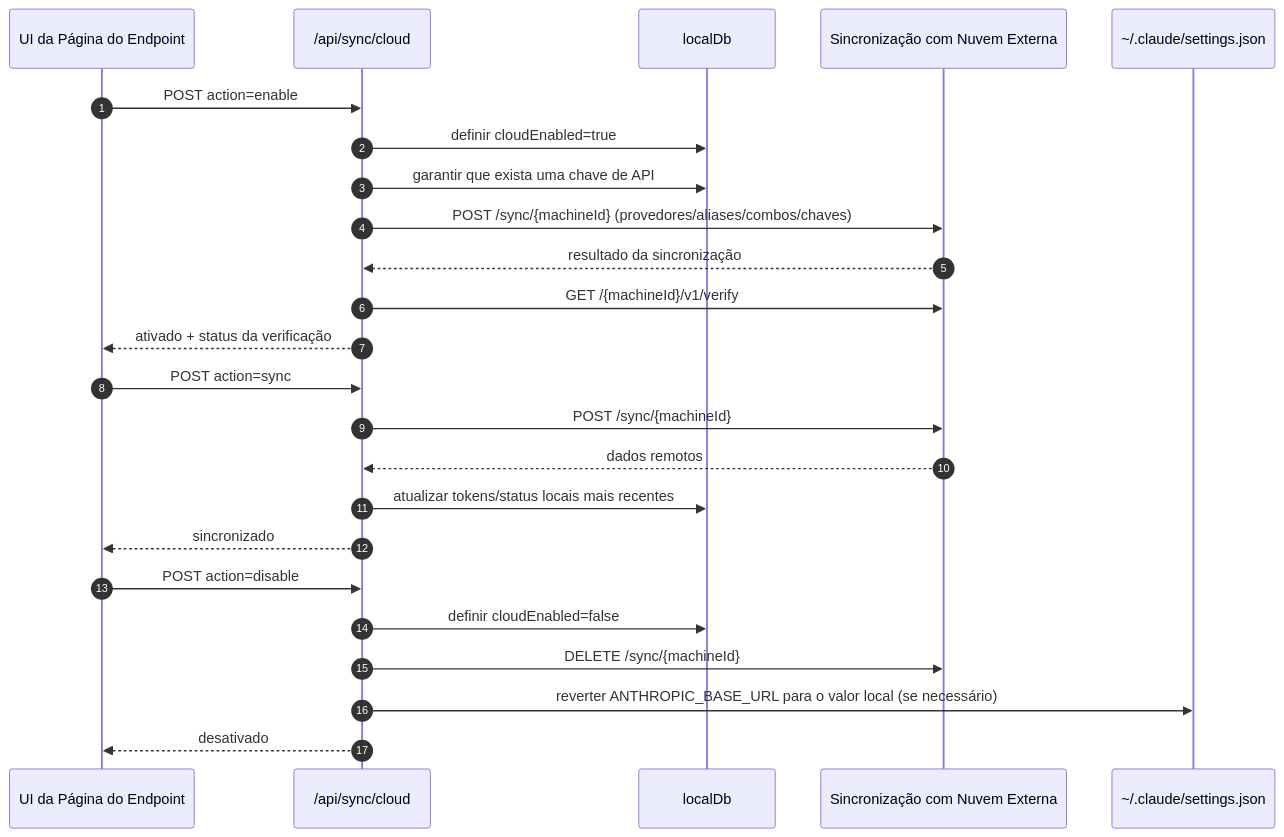
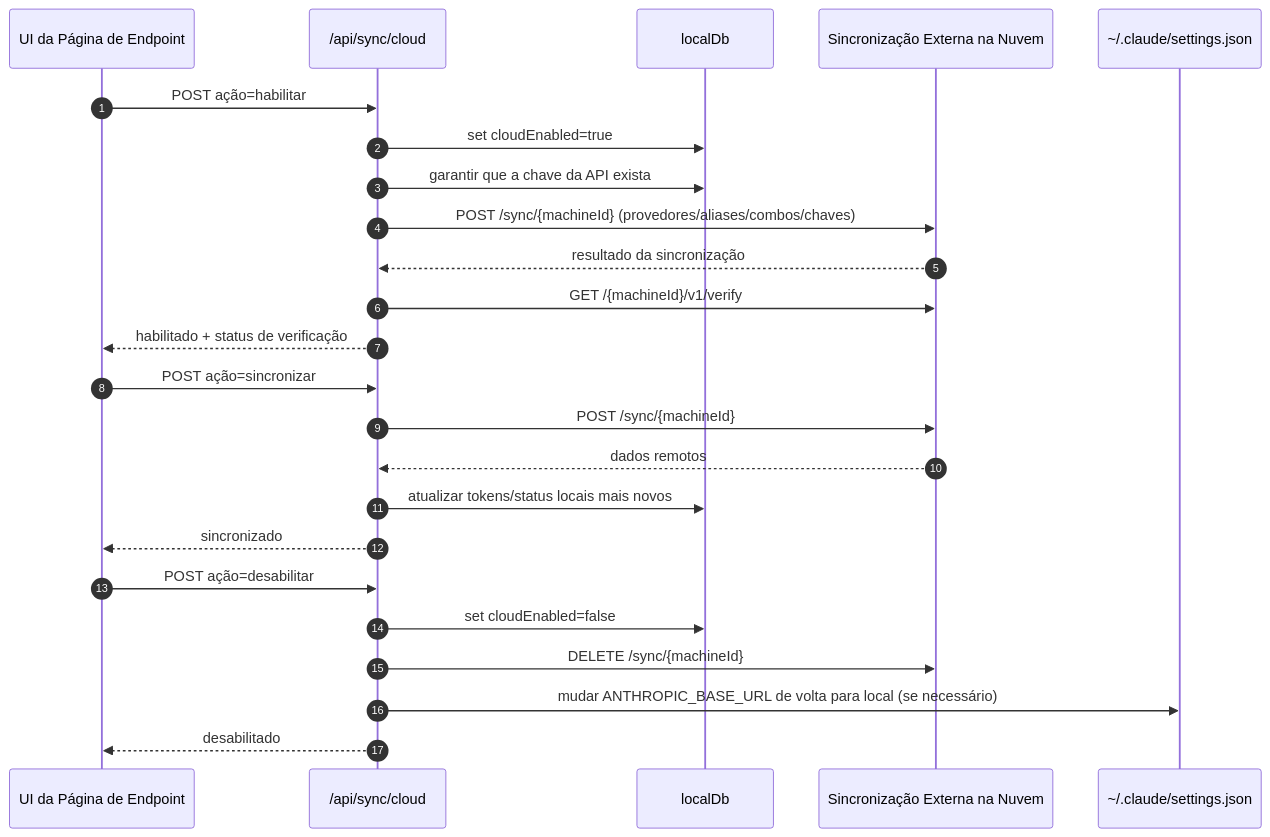
One commit to niyatna/NiyatnaRoute changed the fifth of 7 diagrams in docs/i18n/pt-BR/docs/architecture/ARCHITECTURE.md. Above: the diagram before and after it, drawn with Mermaid. The commit also changed other lines of this file and 2447 other files, not shown here.

````diff
--- a/docs/i18n/pt-BR/docs/architecture/ARCHITECTURE.md
+++ b/docs/i18n/pt-BR/docs/architecture/ARCHITECTURE.md
@@ -671,29 +646,29 @@
 ```mermaid
 sequenceDiagram
     autonumber
-    participant UI as UI da Página do Endpoint
+    participant UI as UI da Página de Endpoint
     participant Sync as /api/sync/cloud
     participant DB as localDb
-    participant Cloud as Sincronização com Nuvem Externa
+    participant Cloud as Sincronização Externa na Nuvem
     participant Claude as ~/.claude/settings.json
 
-    UI->>Sync: POST action=enable
-    Sync->>DB: definir cloudEnabled=true
-    Sync->>DB: garantir que exista uma chave de API
+    UI->>Sync: POST ação=habilitar
+    Sync->>DB: set cloudEnabled=true
+    Sync->>DB: garantir que a chave da API exista
     Sync->>Cloud: POST /sync/{machineId} (provedores/aliases/combos/chaves)
     Cloud-->>Sync: resultado da sincronização
     Sync->>Cloud: GET /{machineId}/v1/verify
-    Sync-->>UI: ativado + status da verificação
+    Sync-->>UI: habilitado + status de verificação
 
-    UI->>Sync: POST action=sync
+    UI->>Sync: POST ação=sincronizar
     Sync->>Cloud: POST /sync/{machineId}
     Cloud-->>Sync: dados remotos
-    Sync->>DB: atualizar tokens/status locais mais recentes
+    Sync->>DB: atualizar tokens/status locais mais novos
     Sync-->>UI: sincronizado
 
-    UI->>Sync: POST action=disable
-    Sync->>DB: definir cloudEnabled=false
+    UI->>Sync: POST ação=desabilitar
+    Sync->>DB: set cloudEnabled=false
     Sync->>Cloud: DELETE /sync/{machineId}
-    Sync->>Claude: reverter ANTHROPIC_BASE_URL para o valor local (se necessário)
-    Sync-->>UI: desativado
+    Sync->>Claude: mudar ANTHROPIC_BASE_URL de volta para local (se necessário)
+    Sync-->>UI: desabilitado
 ```
````
